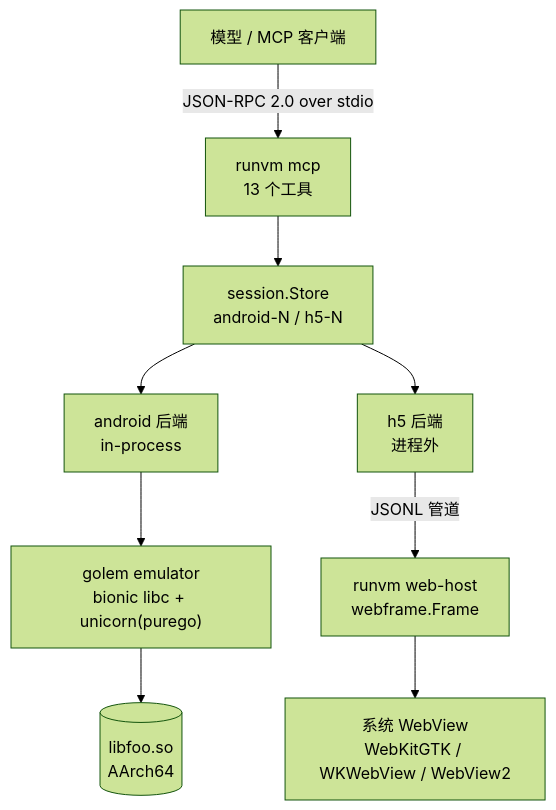
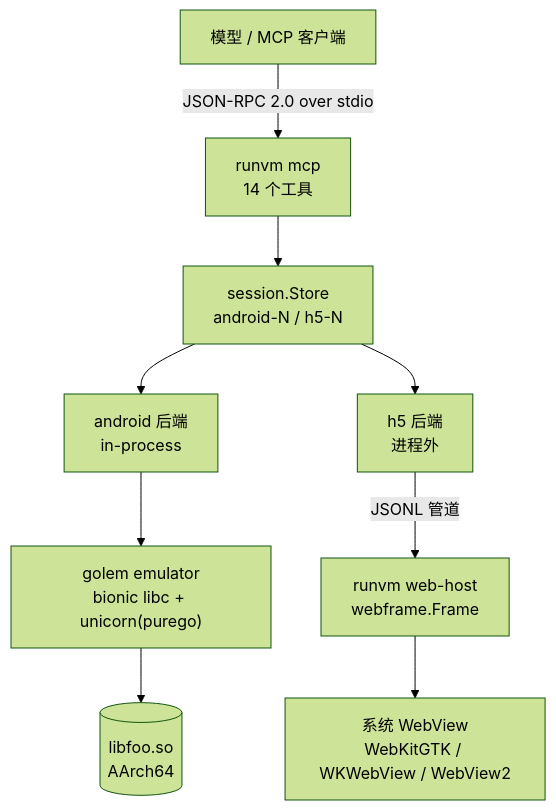
One commit to dolfly/runvm changed the diagram in README.md. Above: the diagram before and after it, drawn with Mermaid (forest theme). The commit also changed other lines of this file and 8 other files, not shown here.

````diff
--- a/README.md
+++ b/README.md
@@ -18,11 +18,11 @@
 ```mermaid
 flowchart TB
-  M["模型 / MCP 客户端"] -->|"JSON-RPC 2.0 over stdio"| S["runvm mcp<br/>13 个工具"]
+  M["模型 / MCP 客户端"] -->|"JSON-RPC 2.0 over stdio"| S["runvm mcp<br/>14 个工具"]
   S --> REG["session.Store<br/>android-N / h5-N"]
   REG --> A["android 后端<br/>in-process"]
   REG --> H["h5 后端<br/>进程外"]
   A --> G["golem emulator<br/>bionic libc + unicorn(purego)"]
   G --> SO[("libfoo.so<br/>AArch64")]
   H -->|"JSONL 管道"| W["runvm web-host<br/>webframe.Frame"]
   W --> K["系统 WebView<br/>WebKitGTK / WKWebView / WebView2"]
 ```
````
